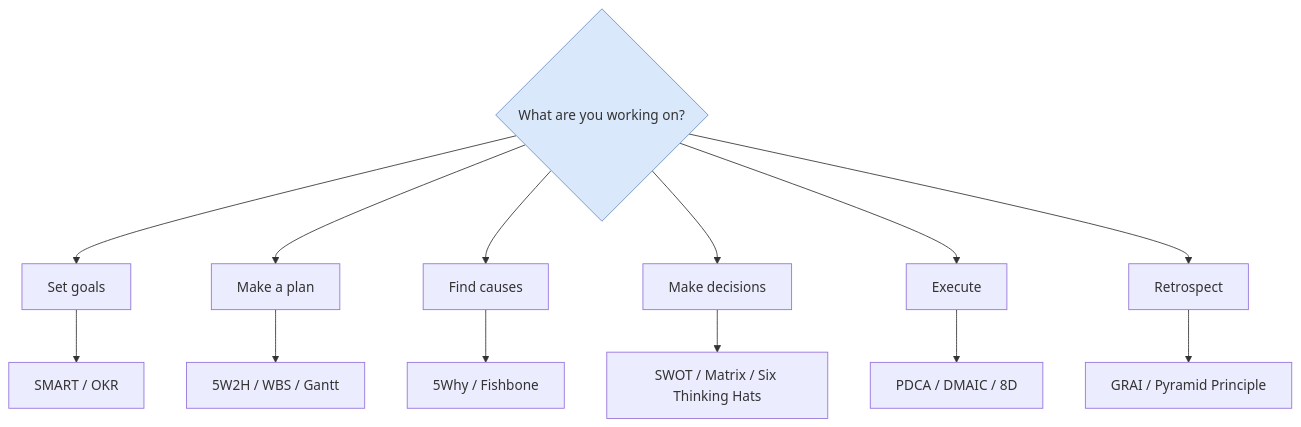
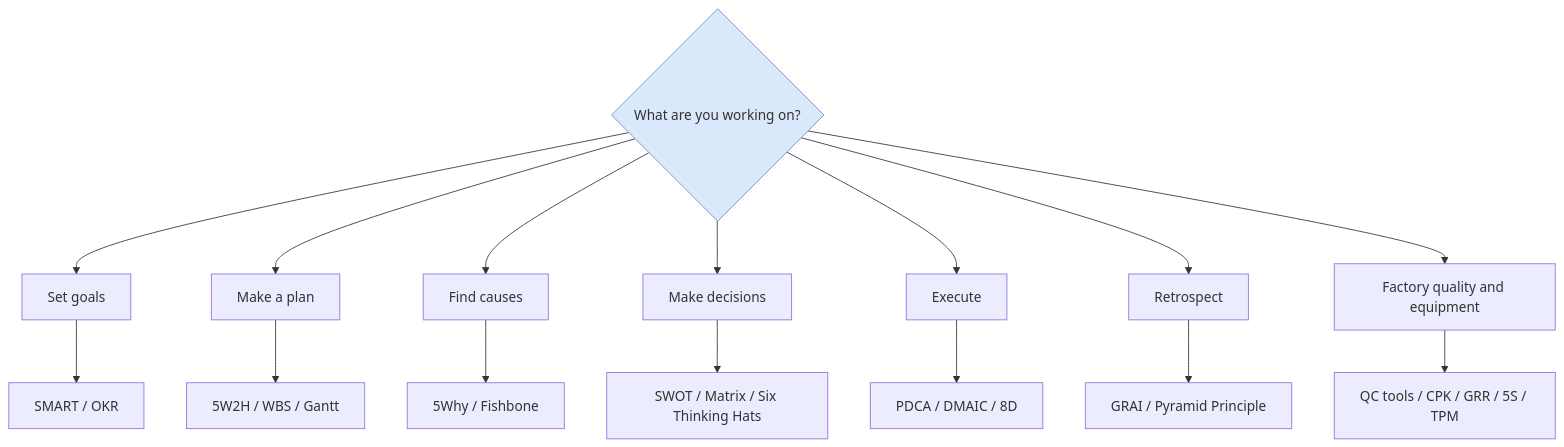
Before and after one commit to hoverwr-bit/management-methods: the first of 35 diagrams in README.en.md, drawn with Mermaid. The commit also changed other lines of this file and 5 other files, not shown here.

Commit message:
新增工厂方法论19个：QC七大手法/CPK/GRR/FMEA/五大工具/5S/防错/OEE/TPM/SMED/海因里希/QCC/A3，三语同步

````diff
--- a/README.en.md
+++ b/README.en.md
@@ -29,11 +33,12 @@
 ```mermaid
 flowchart TB
     Q{"What are you working on?"}
     Q --> A["Set goals"] --> A1["SMART / OKR"]
     Q --> B["Make a plan"] --> B1["5W2H / WBS / Gantt"]
     Q --> C["Find causes"] --> C1["5Why / Fishbone"]
     Q --> D["Make decisions"] --> D1["SWOT / Matrix / Six Thinking Hats"]
     Q --> E["Execute"] --> E1["PDCA / DMAIC / 8D"]
     Q --> F["Retrospect"] --> F1["GRAI / Pyramid Principle"]
+    Q --> G["Factory quality and equipment"] --> G1["QC tools / CPK / GRR / 5S / TPM"]
     style Q fill:#dae8fc,stroke:#6c8ebf
 ```
````
